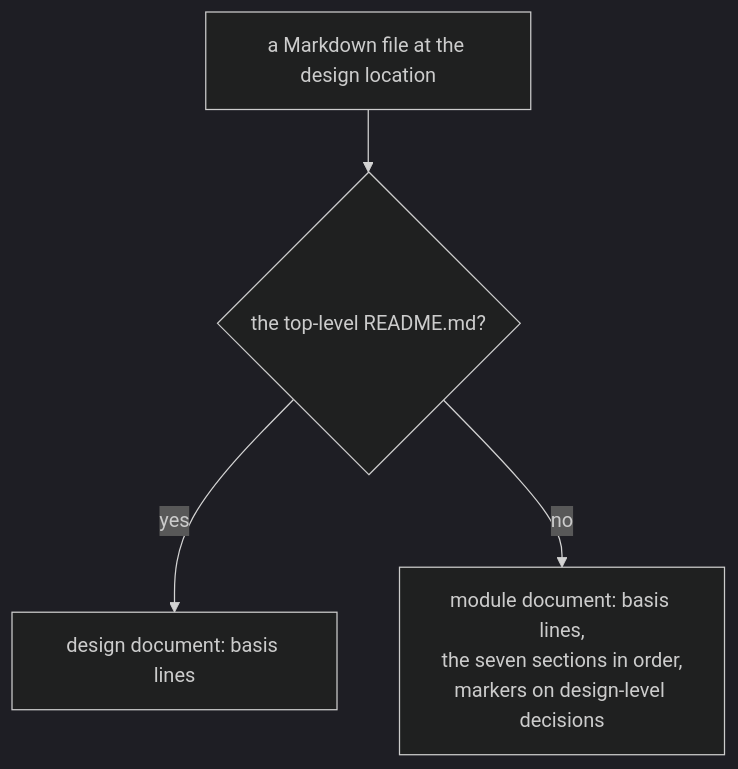
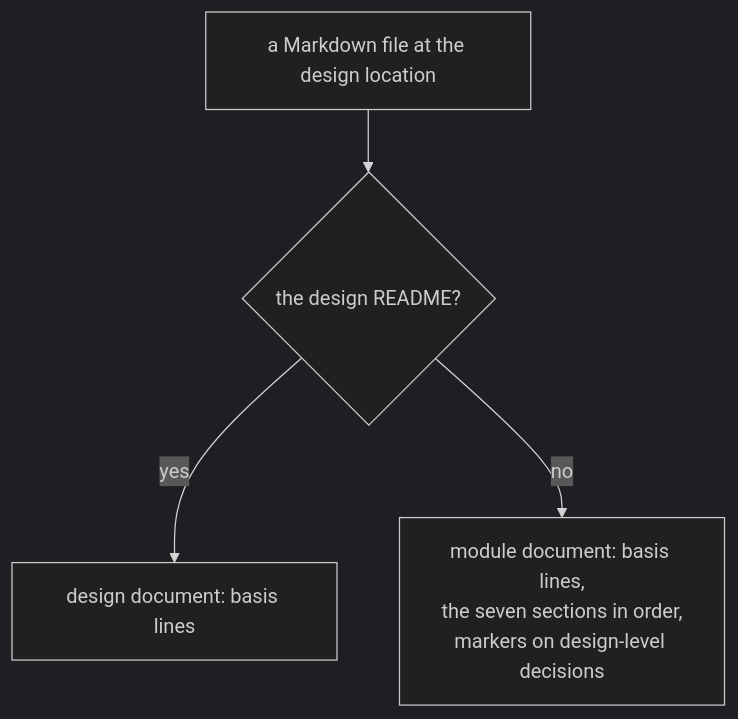
Before and after one commit to jheun66/plumbline: the second of 2 diagrams in docs/design/design-docs.md, drawn with Mermaid (dark theme). The commit also changed other lines of this file and 15 other files, not shown here.

````diff
--- a/docs/design/design-docs.md
+++ b/docs/design/design-docs.md
@@ -115,6 +115,6 @@
 ```mermaid
 flowchart TD
-  A["a Markdown file at the design location"] --> B{"the top-level README.md?"}
+  A["a Markdown file at the design location"] --> B{"the design README?"}
   B -->|"yes"| C["design document: basis lines"]
   B -->|"no"| D["module document: basis lines,<br/>the seven sections in order,<br/>markers on design-level decisions"]
 ```
````
